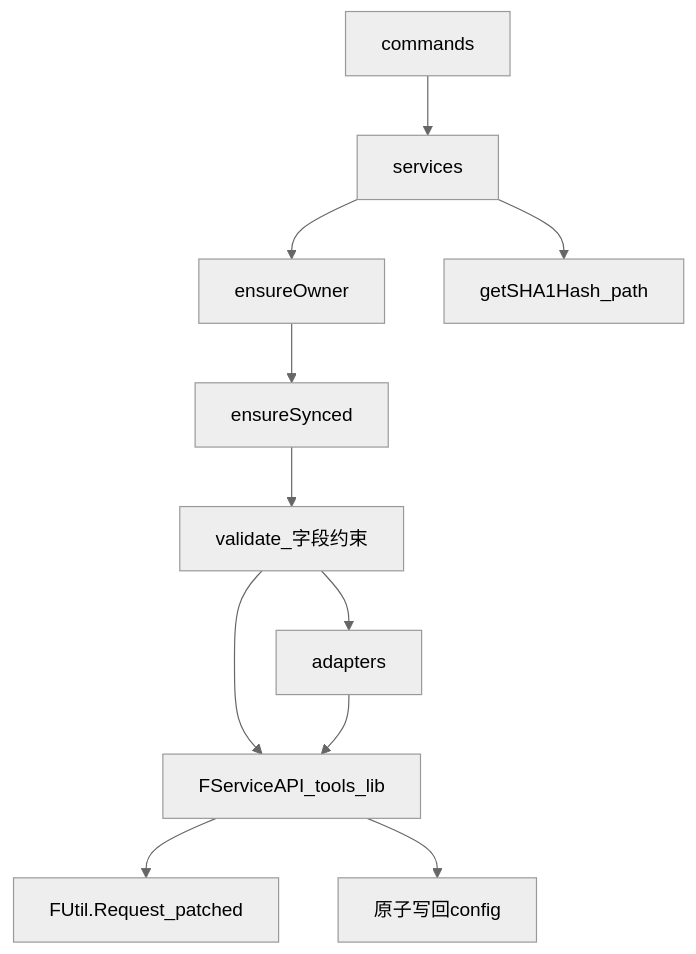
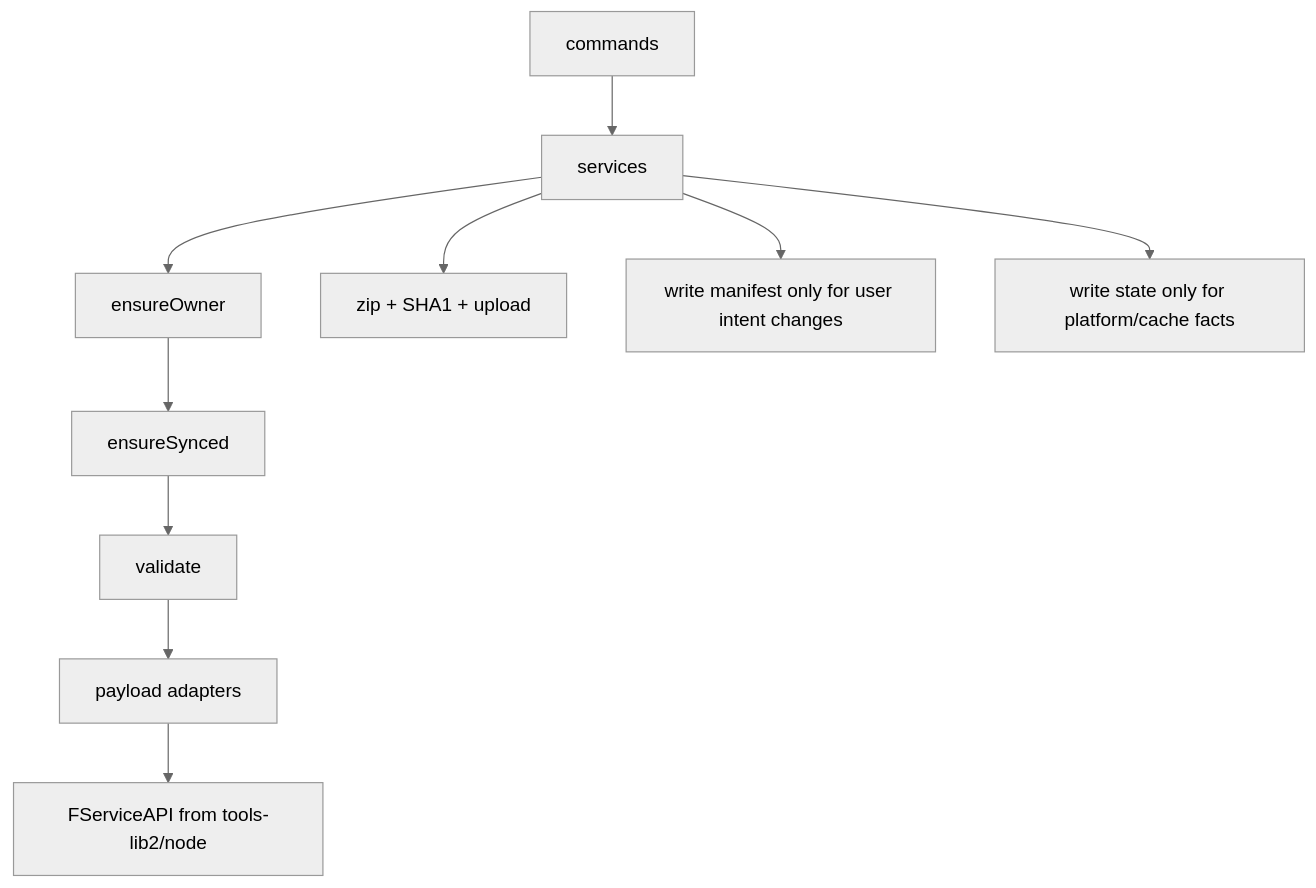
The diagram in docs/新方案/开发设计/00-总览与模块.md (freelogfe/freelog-runtime-cli), drawn with Mermaid (neutral theme) before and after one commit. The commit also changed other lines of this file and 139 other files, not shown here.

````diff
--- a/docs/新方案/开发设计/00-总览与模块.md
+++ b/docs/新方案/开发设计/00-总览与模块.md
@@ -17,13 +20,12 @@
 ```mermaid
 flowchart TD
   Cmd[commands] --> Svc[services]
   Svc --> Owner[ensureOwner]
   Owner --> Sync[ensureSynced]
-  Sync --> Val[validate_字段约束]
-  Val --> Adapters[adapters]
-  Val --> SAPI[FServiceAPI_tools_lib]
-  Adapters --> SAPI
-  SAPI --> NReq[FUtil.Request_patched]
-  Svc --> Tool[getSHA1Hash_path]
-  SAPI --> Write[原子写回config]
+  Sync --> Validate[validate]
+  Validate --> Adapter[payload adapters]
+  Adapter --> API[FServiceAPI from tools-lib2/node]
+  Svc --> File[zip + SHA1 + upload]
+  Svc --> Manifest[write manifest only for user intent changes]
+  Svc --> State[write state only for platform/cache facts]
 ```
````
